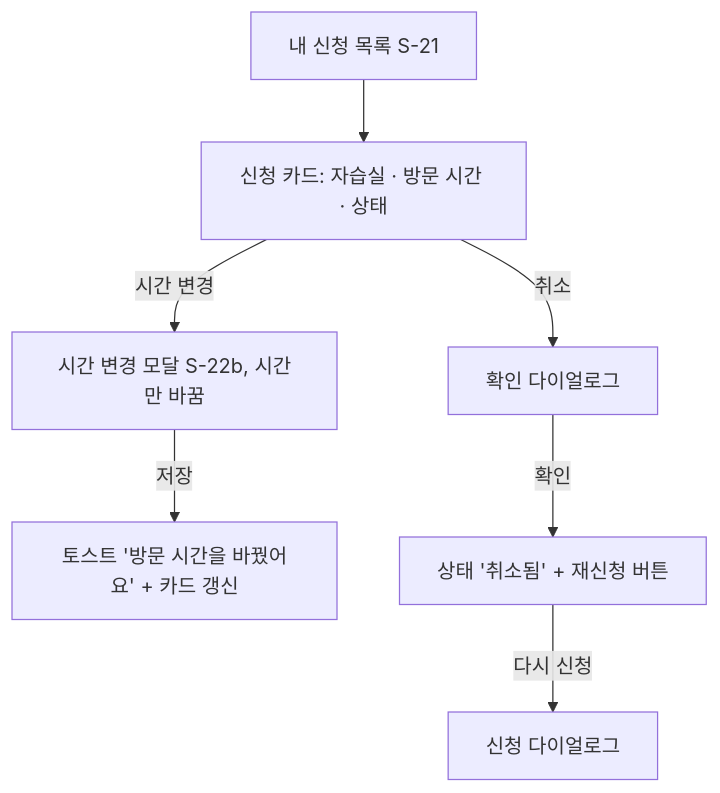
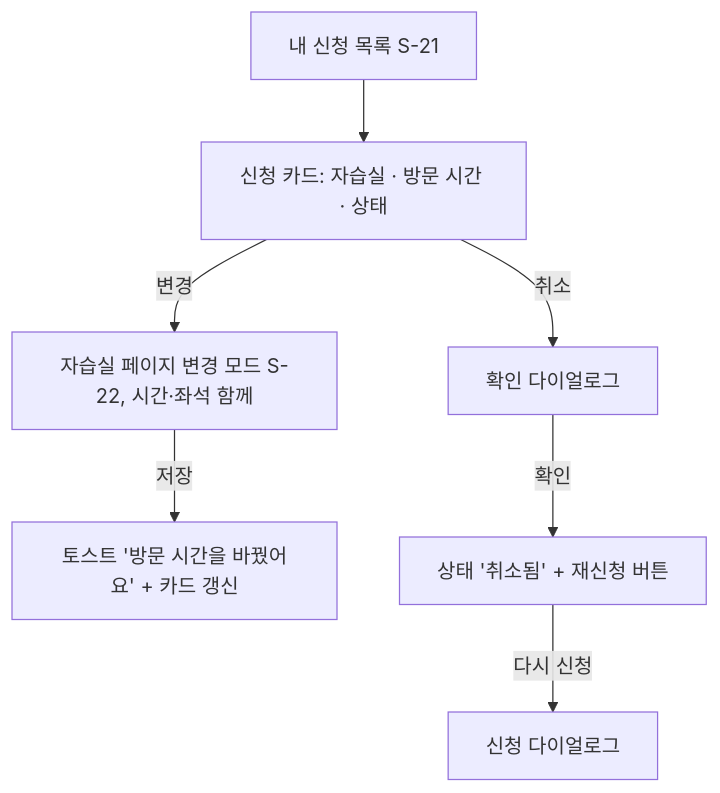
One commit to JungMINI-developer/hiconsy-task changed the fourth of 4 diagrams in apps/web/docs/user-flows.md. Above: the diagram before and after it, drawn with Mermaid. The commit also changed 4 other files, not shown here.

````diff
--- a/apps/web/docs/user-flows.md
+++ b/apps/web/docs/user-flows.md
@@ -61,8 +61,8 @@
 ```mermaid
 flowchart TD
   M[내 신청 목록 S-21] --> I[신청 카드: 자습실 · 방문 시간 · 상태]
-  I -->|시간 변경| E[시간 변경 모달 S-22b, 시간만 바꿈]
+  I -->|변경| E[자습실 페이지 변경 모드 S-22, 시간·좌석 함께]
   E -->|저장| U[토스트 '방문 시간을 바꿨어요' + 카드 갱신]
   I -->|취소| X[확인 다이얼로그] -->|확인| C[상태 '취소됨' + 재신청 버튼]
   C -->|다시 신청| E2[신청 다이얼로그]
 ```
````
